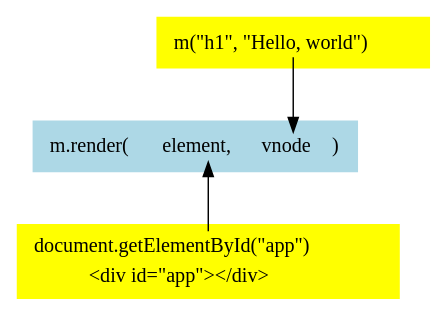
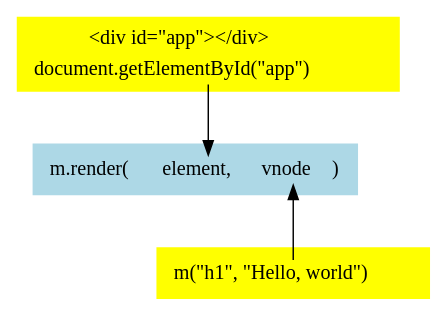
The diagram in examples/tutorial/images/01-hello-world-01.dot (foxdonut/meiosis-examples), drawn with Graphviz before and after one commit. The commit also changed 236 other files, not shown here.

```diff
--- a/examples/tutorial/images/01-hello-world-01.dot
+++ b/examples/tutorial/images/01-hello-world-01.dot
@@ -1,34 +1,34 @@
 digraph meiosistutorial {
   mrender [shape="plaintext", style="filled", fillcolor="lightblue", label=<
     <table border="0">
       <tr>
         <td>m.render(</td>
         <td port="element">element,</td>
         <td port="view">vnode</td>
         <td>)</td>
       </tr>
     </table>
   >]
 
   element [shape="plaintext", style="filled", fillcolor="yellow", label=<
     <table border="0">
       <tr>
-        <td port="app">document.getElementById("app")</td>
+        <td>&lt;div id="app"&gt;&lt;/div&gt;</td>
       </tr>
       <tr>
-        <td>&lt;div id="app"&gt;&lt;/div&gt;</td>
+        <td port="app">document.getElementById("app")</td>
       </tr>
     </table>
   >]
 
   view [shape="plaintext", style="filled", fillcolor="yellow", label=<
     <table border="0">
       <tr>
         <td port="mview">m("h1", "Hello, world")</td>
       </tr>
     </table>
   >]
 
-  mrender:element -> element:app [label="", dir="back"]
-  view:mview -> mrender:view [label=""]
+  element:app -> mrender:element [label=""]
+  mrender:view -> view:mview [label="", dir="back"]
 }
```
